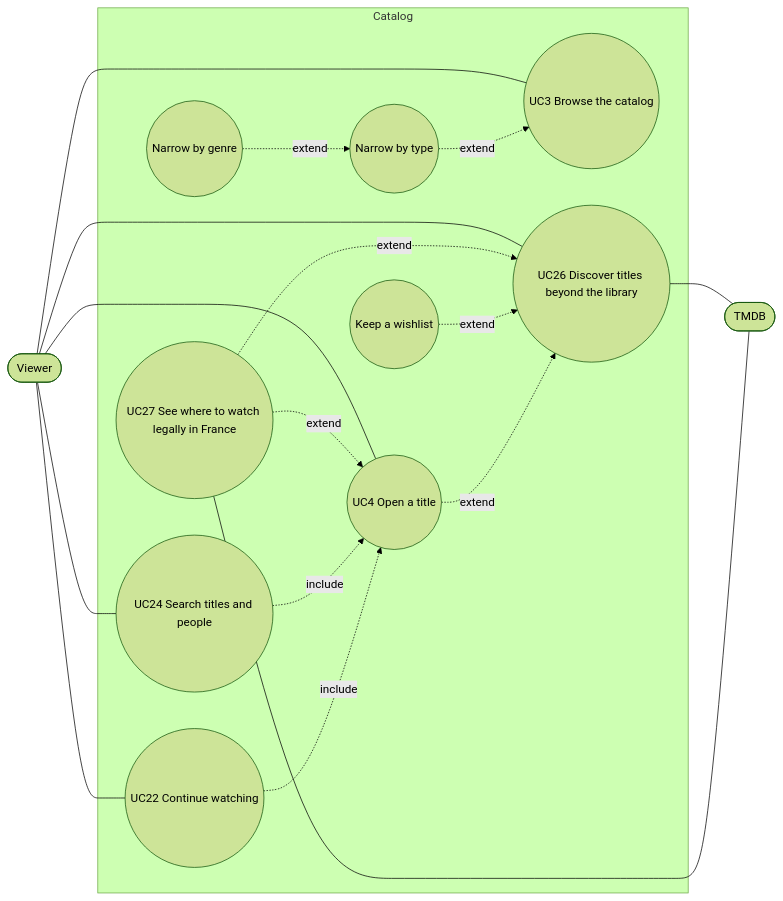
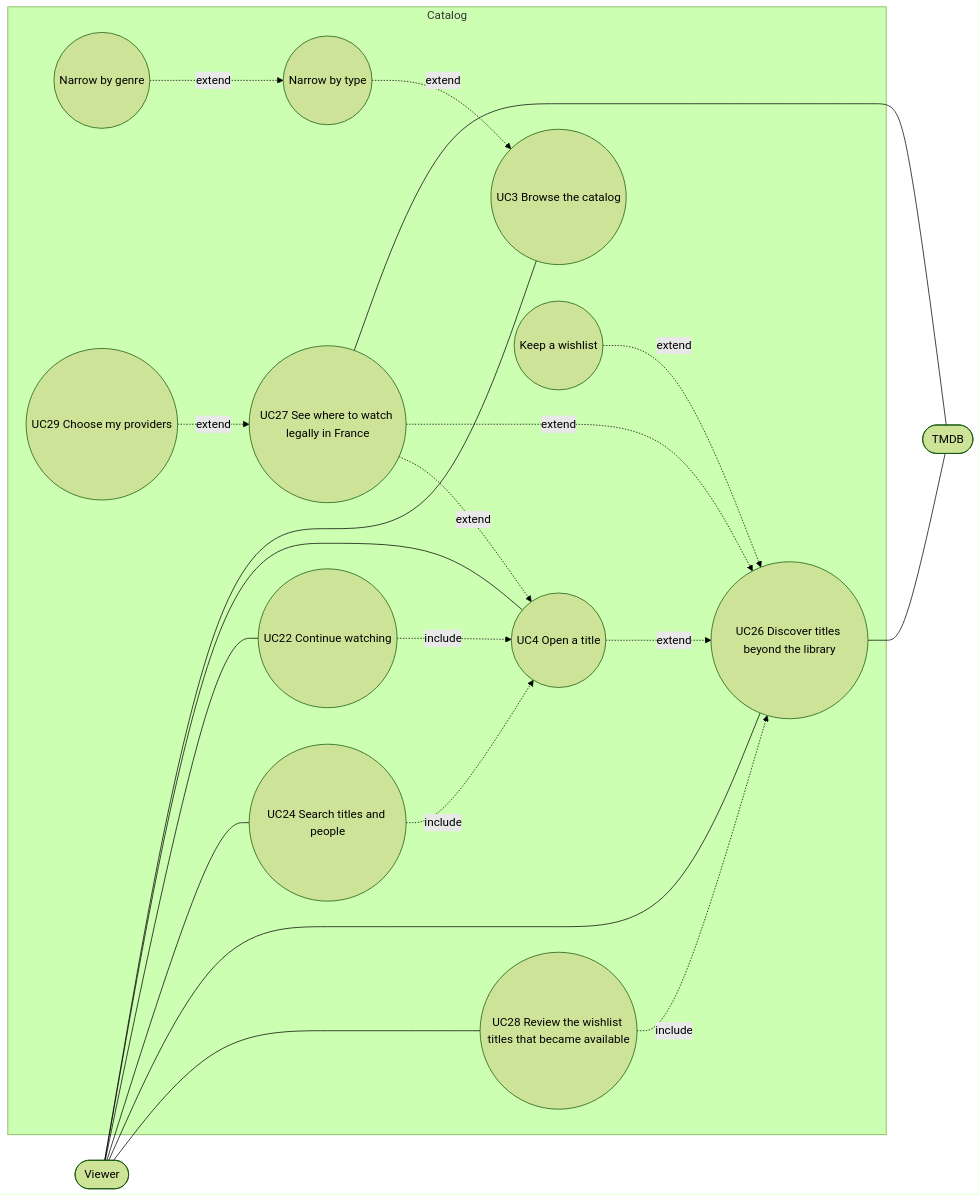
One commit to benoit-bremaud/popcorntv changed the diagram in docs/architecture/diagrams/catalog/01-use-case.md. Above: the diagram before and after it, drawn with Mermaid (forest theme). The commit also changed other lines of this file and 51 other files, not shown here.

First line of the commit message:
feat(wishlist): notify when a wishlist title becomes available (#283)

````diff
--- a/docs/architecture/diagrams/catalog/01-use-case.md
+++ b/docs/architecture/diagrams/catalog/01-use-case.md
@@ -8,31 +8,36 @@
 ```mermaid
 flowchart LR
   viewer([Viewer])
   subgraph Catalog
     uc3((UC3 Browse the catalog))
     uc3a((Narrow by type))
     uc3b((Narrow by genre))
     uc4((UC4 Open a title))
     uc22((UC22 Continue watching))
     uc24((UC24 Search titles and people))
     uc26((UC26 Discover titles beyond the library))
     uc26a((Keep a wishlist))
     uc27((UC27 See where to watch legally in France))
+    uc28((UC28 Review the wishlist titles that became available))
+    uc29((UC29 Choose my providers))
   end
   tmdb([TMDB])
   viewer --- uc3
   viewer --- uc4
   viewer --- uc22
   viewer --- uc24
   viewer --- uc26
   uc26 --- tmdb
   uc27 --- tmdb
+  viewer --- uc28
+  uc29 -. extend .-> uc27
+  uc28 -. include .-> uc26
   uc27 -. extend .-> uc26
   uc27 -. extend .-> uc4
   uc26a -. extend .-> uc26
   uc4 -. extend .-> uc26
   uc24 -. include .-> uc4
   uc22 -. include .-> uc4
   uc3a -. extend .-> uc3
   uc3b -. extend .-> uc3a
 ```
````
